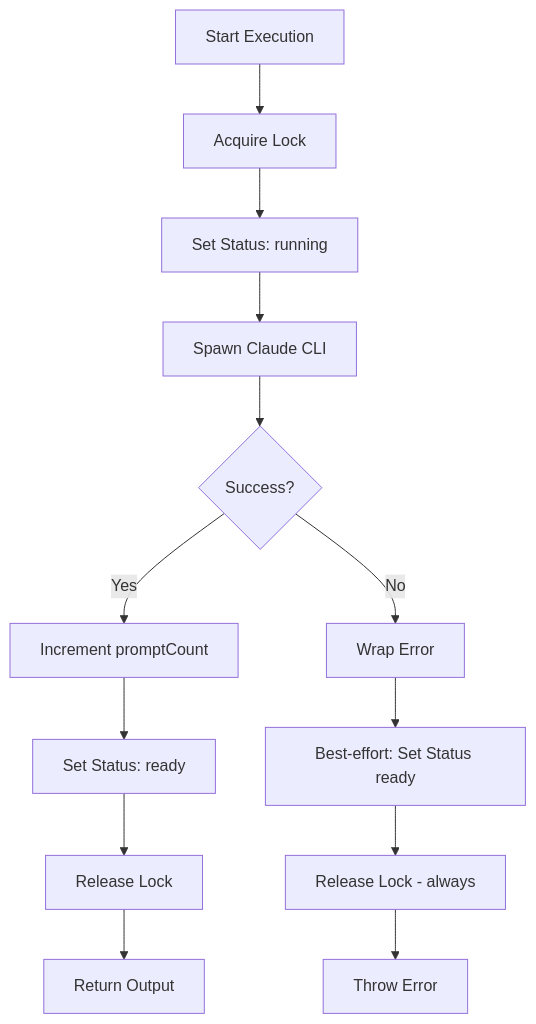
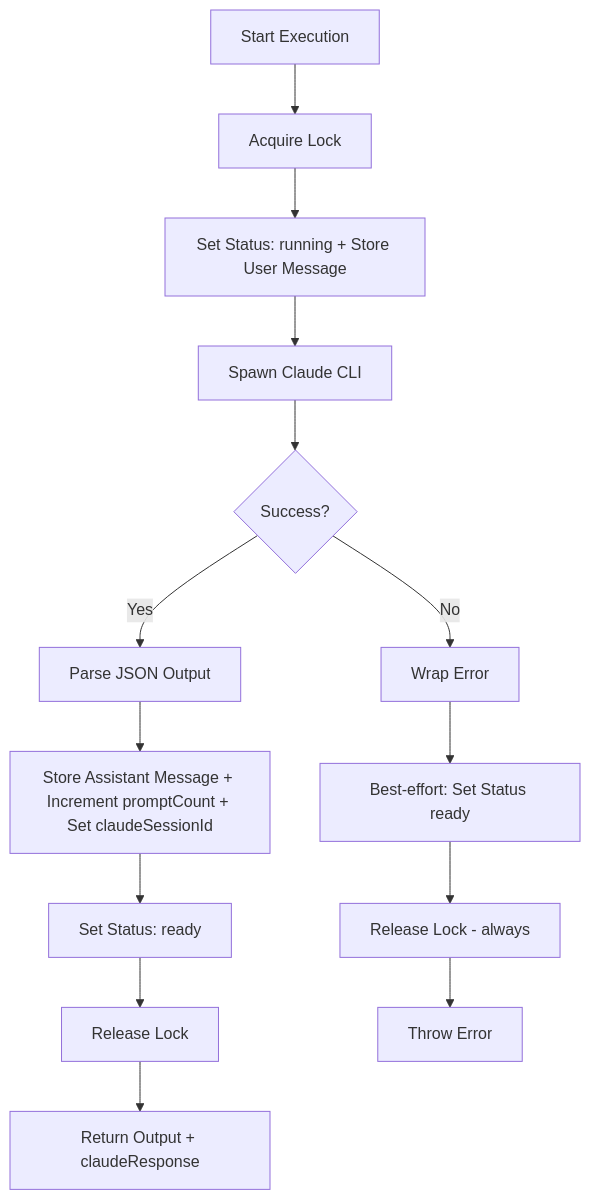
The third of 3 diagrams in .kiro/specs/prompt-execution/design.md (amhuppert/remote-ai-manager), drawn with Mermaid before and after one commit. The commit also changed other lines of this file and 44 other files, not shown here.

````diff
--- a/.kiro/specs/prompt-execution/design.md
+++ b/.kiro/specs/prompt-execution/design.md
@@ -126,15 +126,16 @@
 ```mermaid
 flowchart TD
     A[Start Execution] --> B[Acquire Lock]
-    B --> C[Set Status: running]
+    B --> C[Set Status: running + Store User Message]
     C --> D[Spawn Claude CLI]
     D --> E{Success?}
-    E -->|Yes| F[Increment promptCount]
-    F --> G[Set Status: ready]
-    G --> H[Release Lock]
-    H --> I[Return Output]
-    E -->|No| J[Wrap Error]
-    J --> K[Best-effort: Set Status ready]
-    K --> L[Release Lock - always]
-    L --> M[Throw Error]
+    E -->|Yes| F[Parse JSON Output]
+    F --> G[Store Assistant Message + Increment promptCount + Set claudeSessionId]
+    G --> H[Set Status: ready]
+    H --> I[Release Lock]
+    I --> J[Return Output + claudeResponse]
+    E -->|No| K[Wrap Error]
+    K --> L[Best-effort: Set Status ready]
+    L --> M[Release Lock - always]
+    M --> N[Throw Error]
 ```
````
